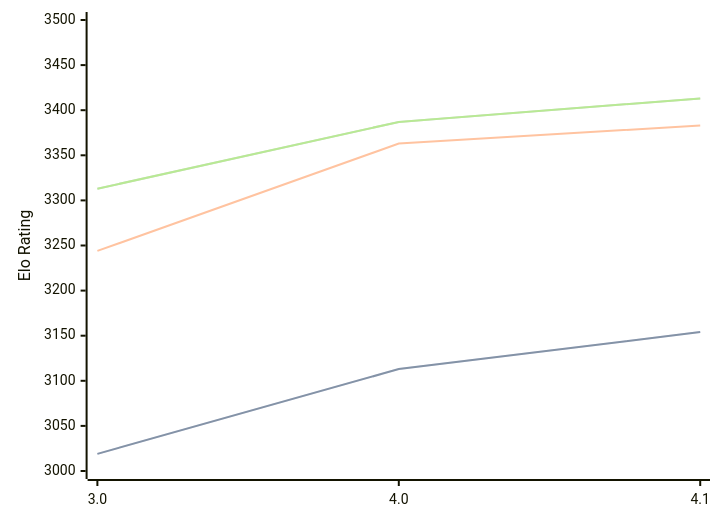
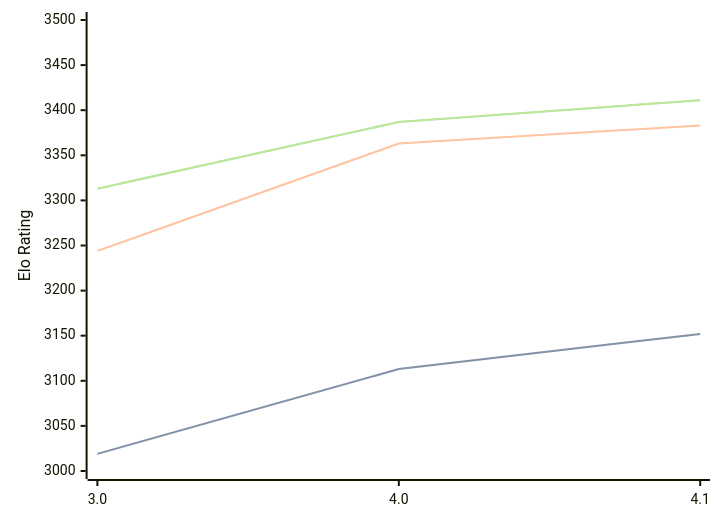
Before and after one commit to computer-chess-index/cci: the diagram in engines/Eleanor.md, drawn with Mermaid. The commit also changed other lines of this file, not shown here.

Commit message:
Update CCI Ratings (ELO VLTC) - 2026-08-02

````diff
--- a/engines/Eleanor.md
+++ b/engines/Eleanor.md
@@ -35,11 +35,11 @@
 ```mermaid
 %%{init: {"theme":"base","themeVariables":{"seriesColors:['#a3a3a3','#222221','#faa371']}}}%%
 xychart-beta
   x-axis ["3.0", "4.0", "4.1"]
   y-axis "Elo Rating" 3000 --> 3500
-  line "STC (8.0+0.08s)" [3019, 3113, 3154]
-  line "STC (8.0+0.08s)" [3019, 3113, 3154]
+  line "STC (8.0+0.08s)" [3019, 3113, 3152]
+  line "STC (8.0+0.08s)" [3019, 3113, 3152]
   line "LTC (60.0+0.60s)" [3244, 3363, 3383]
-  line "VLTC (2m24s+1.12s)" [3313, 3387, 3413]
-  line "VLTC (2m24s+1.12s)" [3313, 3387, 3413]
+  line "VLTC (2m24s+1.12s)" [3313, 3387, 3411]
+  line "VLTC (2m24s+1.12s)" [3313, 3387, 3411]
 ```
````
